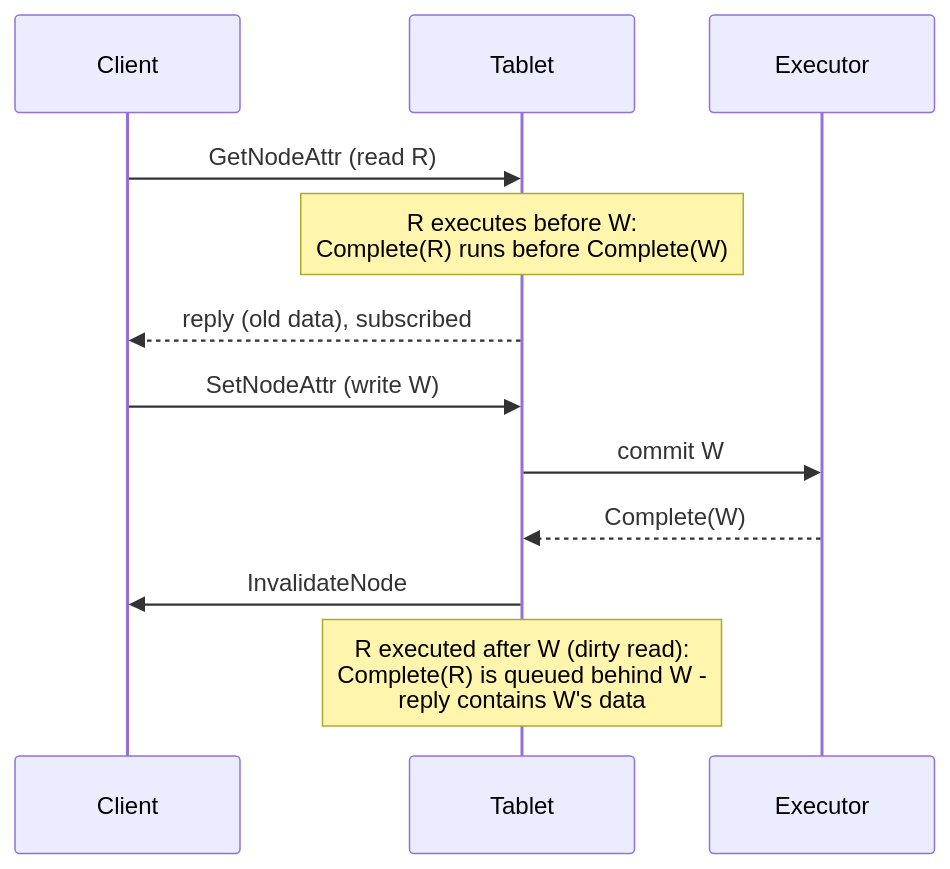
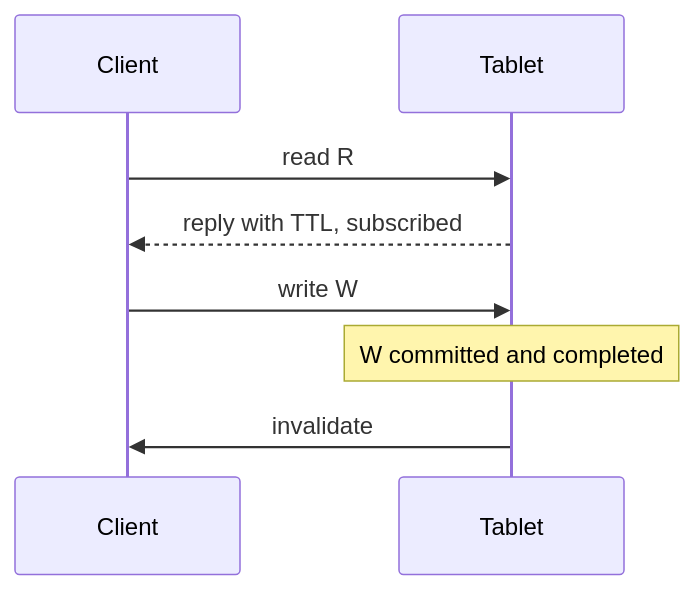
The fourth of 4 diagrams in doc/filestore/design/cache/filesystem_events.md (ydb-platform/nbs), drawn with Mermaid before and after one commit. The commit also changed other lines of this file, not shown here.

Commit message:
issue-6874: FileSystemEvents - doc - added xattrs and cache ttl

````diff
--- a/doc/filestore/design/cache/filesystem_events.md
+++ b/doc/filestore/design/cache/filesystem_events.md
@@ -94,15 +102,11 @@
 ```mermaid
 sequenceDiagram
     participant C as Client
     participant T as Tablet
-    participant X as Executor
 
-    C->>T: GetNodeAttr (read R)
-    Note over T: R executes before W:<br/>Complete(R) runs before Complete(W)
-    T-->>C: reply (old data), subscribed
-    C->>T: SetNodeAttr (write W)
-    T->>X: commit W
-    X-->>T: Complete(W)
-    T->>C: InvalidateNode
-    Note over T: R executed after W (dirty read):<br/>Complete(R) is queued behind W -<br/>reply contains W's data
+    C->>T: read R
+    T-->>C: reply with TTL, subscribed
+    C->>T: write W
+    Note over T: W committed and completed
+    T->>C: invalidate
 ```
````
